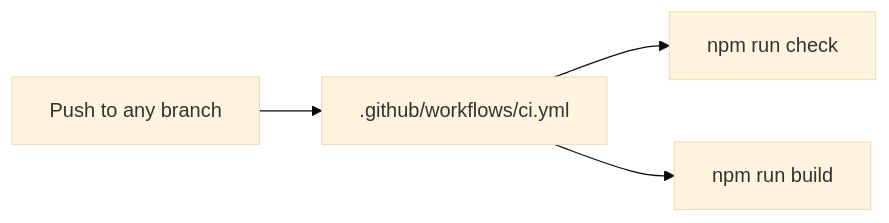
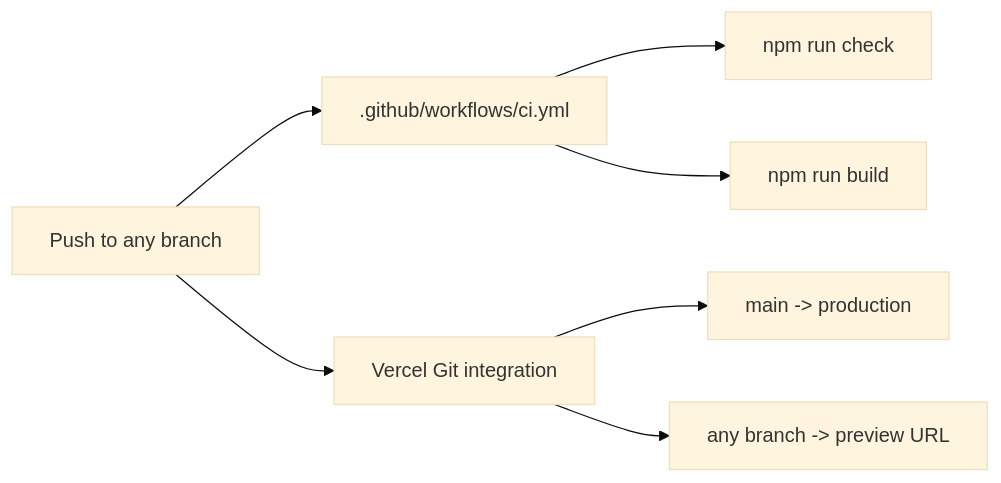
One commit to pethupraveen/procurement-tracker changed the sixth of 6 diagrams in README.md. Above: the diagram before and after it, drawn with Mermaid (base theme). The commit also changed other lines of this file and 2 other files, not shown here.

```diff
--- a/README.md
+++ b/README.md
@@ -261,6 +262,9 @@
 ~~~mermaid
 flowchart LR
     Push[Push to any branch] --> CI[.github/workflows/ci.yml]
+    Push --> Vercel[Vercel Git integration]
     CI --> Check[npm run check]
     CI --> Build[npm run build]
+    Vercel --> Prod[main -> production]
+    Vercel --> Prev[any branch -> preview URL]
 ~~~
```
